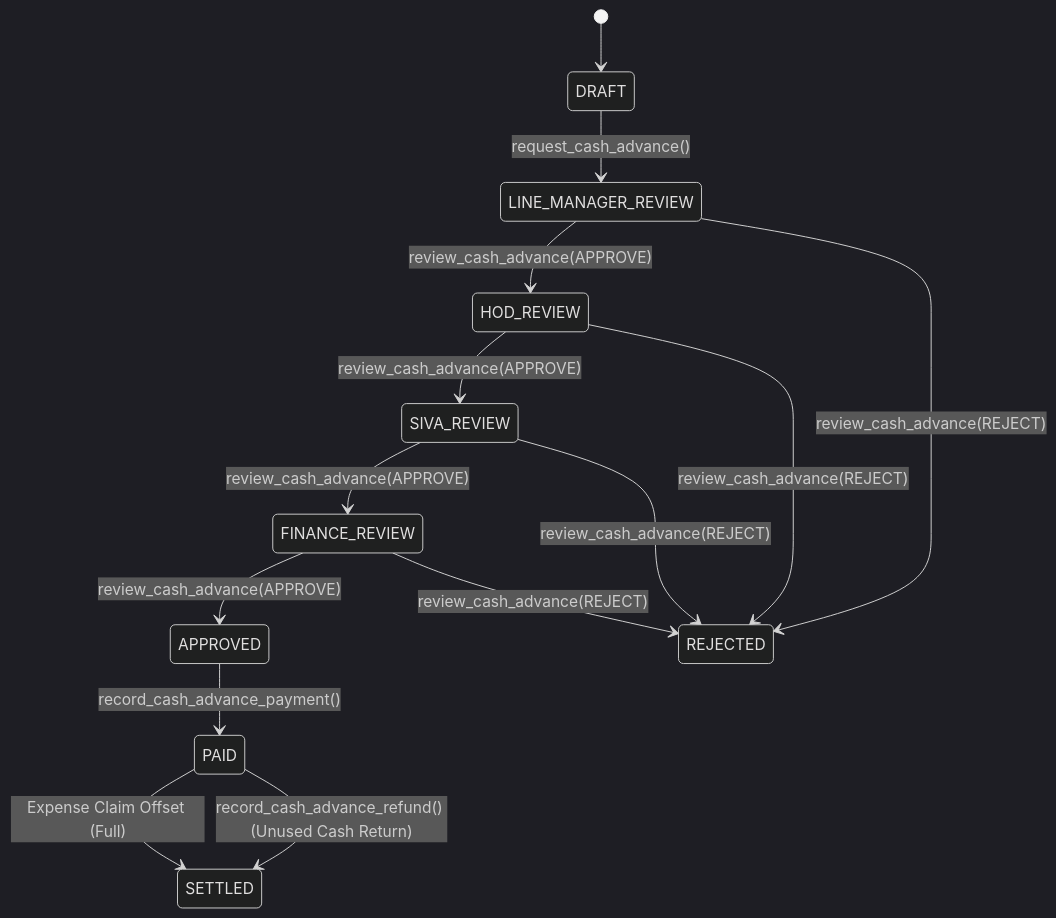
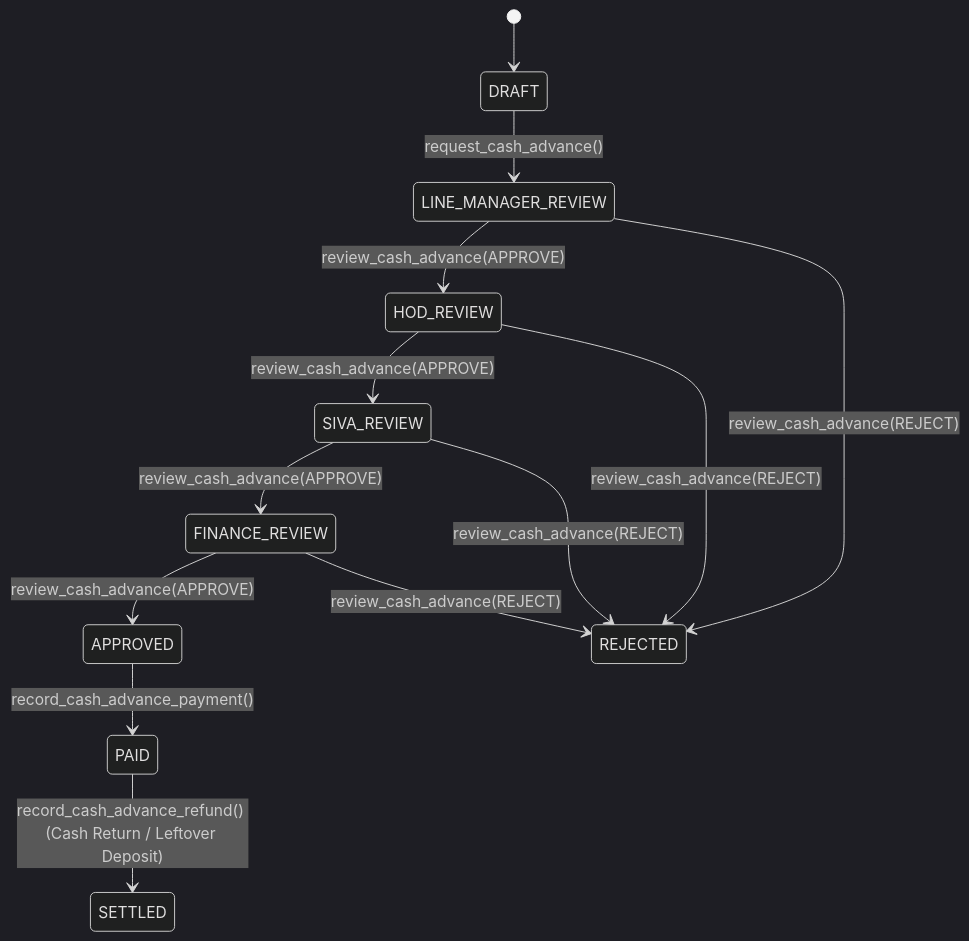
One commit to VaishalMalu-ALT-S/ASM-Expense-Reimbursement-Platform changed the third of 3 diagrams in README.md. Above: the diagram before and after it, drawn with Mermaid (dark theme). The commit also changed other lines of this file and 24 other files, not shown here.

Commit message:
feat: direct reimbursement claim flow, multi-currency support and documentation updates

````diff
--- a/README.md
+++ b/README.md
@@ -141,19 +145,18 @@
 ```mermaid
 stateDiagram-v2
     [*] --> DRAFT
     DRAFT --> LINE_MANAGER_REVIEW: request_cash_advance()
     LINE_MANAGER_REVIEW --> HOD_REVIEW: review_cash_advance(APPROVE)
     HOD_REVIEW --> SIVA_REVIEW: review_cash_advance(APPROVE)
     SIVA_REVIEW --> FINANCE_REVIEW: review_cash_advance(APPROVE)
     FINANCE_REVIEW --> APPROVED: review_cash_advance(APPROVE)
     
     APPROVED --> PAID: record_cash_advance_payment()
     
-    PAID --> SETTLED: Expense Claim Offset (Full)
-    PAID --> SETTLED: record_cash_advance_refund() (Unused Cash Return)
+    PAID --> SETTLED: record_cash_advance_refund() (Cash Return / Leftover Deposit)
     
     LINE_MANAGER_REVIEW --> REJECTED: review_cash_advance(REJECT)
     HOD_REVIEW --> REJECTED: review_cash_advance(REJECT)
     SIVA_REVIEW --> REJECTED: review_cash_advance(REJECT)
     FINANCE_REVIEW --> REJECTED: review_cash_advance(REJECT)
 ```
````
